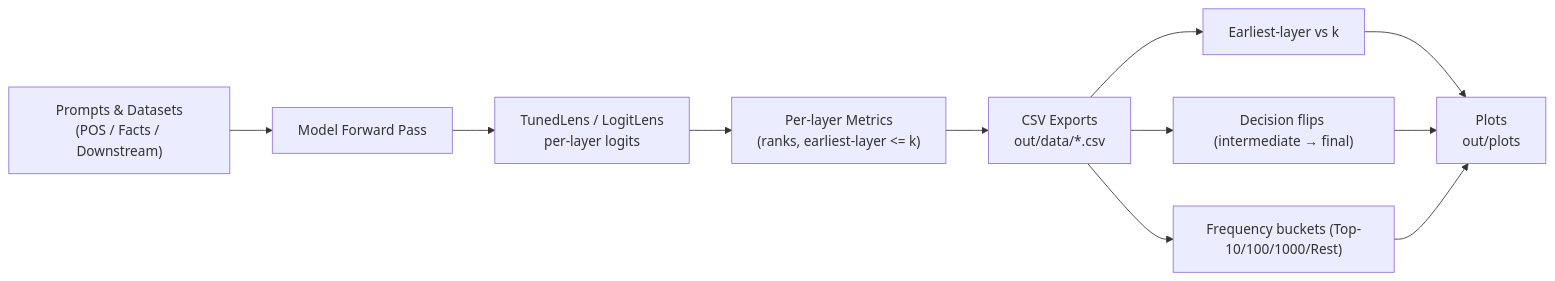
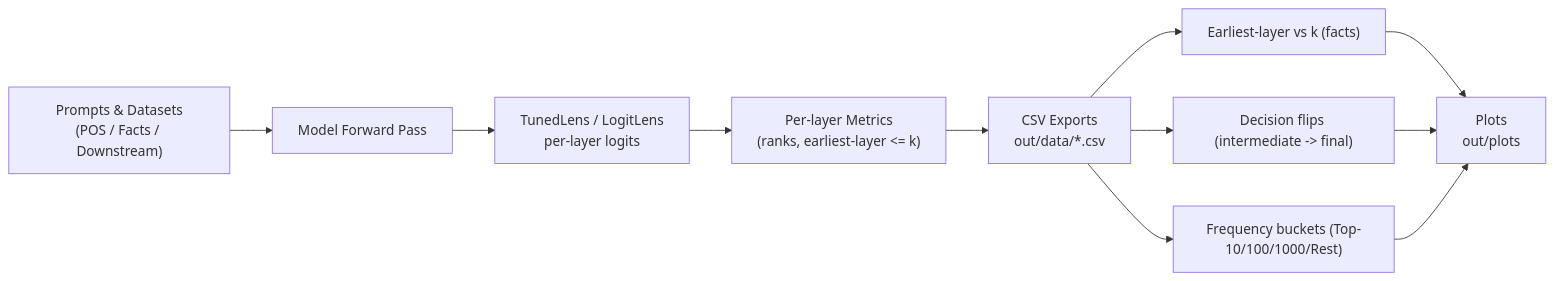
One commit to akshat57/how-do-llms-use-their-depth changed the diagram in README.md. Above: the diagram before and after it, drawn with Mermaid. The commit also changed other lines of this file, not shown here.

````diff
--- a/README.md
+++ b/README.md
@@ -8,13 +8,13 @@
-~~~mermaid
+```mermaid
 flowchart LR
   A["Prompts & Datasets<br/>(POS / Facts / Downstream)"] --> B["Model Forward Pass"]
   B --> C["TunedLens / LogitLens<br/>per-layer logits"]
   C --> D["Per-layer Metrics<br/>(ranks, earliest-layer <= k)"]
   D --> E["CSV Exports<br/>out/data/*.csv"]
-  E --> F1["Earliest-layer vs k"]
-  E --> F2["Decision flips (intermediate → final)"]
+  E --> F1["Earliest-layer vs k (facts)"]
+  E --> F2["Decision flips (intermediate -> final)"]
   E --> F3["Frequency buckets (Top-10/100/1000/Rest)"]
   F1 --> G["Plots<br/>out/plots"]
   F2 --> G
   F3 --> G
-~~~
+```
````
